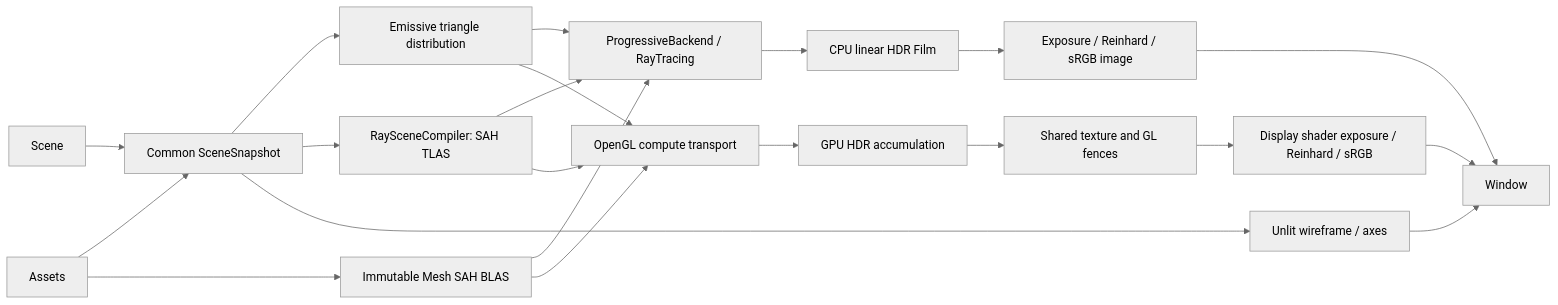
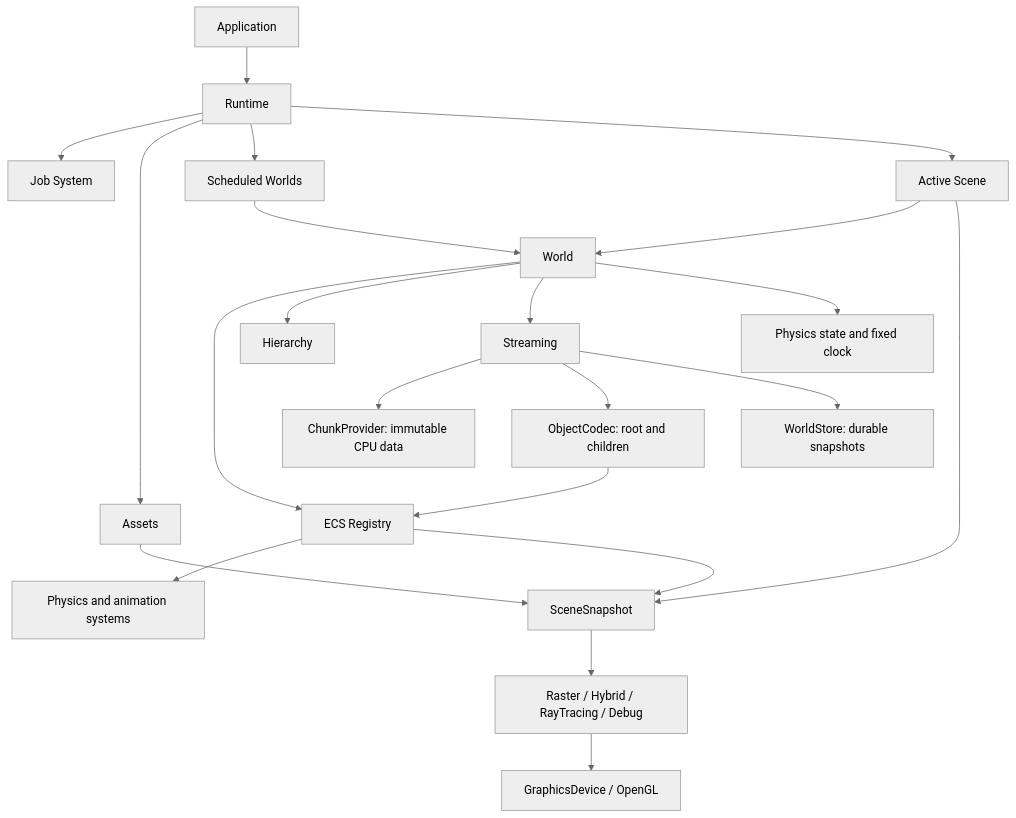
Before and after one commit to SouPuppy/Jade: the diagram in docs/Architecture.md, drawn with Mermaid (neutral theme). The commit also changed other lines of this file and 381 other files, not shown here.

````diff
--- a/docs/Architecture.md
+++ b/docs/Architecture.md
@@ -72,23 +5,24 @@
 ```mermaid
-flowchart LR
-  Scene --> Snapshot[Common SceneSnapshot]
+flowchart TD
+  Application --> Runtime
+  Runtime --> Jobs[Job System]
+  Runtime --> Assets
+  Runtime --> Worlds[Scheduled Worlds]
+  Runtime --> View[Active Scene]
+  View --> World
+  Worlds --> World
+  World --> Registry[ECS Registry]
+  World --> Hierarchy
+  World --> Streaming
+  World --> State[Physics state and fixed clock]
+  Streaming --> Provider[ChunkProvider: immutable CPU data]
+  Streaming --> Codec[ObjectCodec: root and children]
+  Streaming --> Store[WorldStore: durable snapshots]
+  Codec --> Registry
+  Registry --> Simulation[Physics and animation systems]
+  Registry --> Snapshot[SceneSnapshot]
+  View --> Snapshot
   Assets --> Snapshot
-  Snapshot --> Emitters[Emissive triangle distribution]
-  Snapshot --> Compiler[RaySceneCompiler: SAH TLAS]
-  Assets --> BLAS[Immutable Mesh SAH BLAS]
-  Compiler --> Ray[ProgressiveBackend / RayTracing]
-  BLAS --> Ray
-  Emitters --> Ray
-  Ray --> Film[CPU linear HDR Film]
-  Compiler --> GPU[OpenGL compute transport]
-  BLAS --> GPU
-  Emitters --> GPU
-  GPU --> Accumulation[GPU HDR accumulation]
-  Accumulation --> Shared[Shared texture and GL fences]
-  Shared --> GPUDisplay[Display shader exposure / Reinhard / sRGB]
-  GPUDisplay --> Window
-  Film --> Display[Exposure / Reinhard / sRGB image]
-  Snapshot --> Debug[Unlit wireframe / axes]
-  Debug --> Window
-  Display --> Window
+  Snapshot --> Renderer[Raster / Hybrid / RayTracing / Debug]
+  Renderer --> Device[GraphicsDevice / OpenGL]
 ```
````
